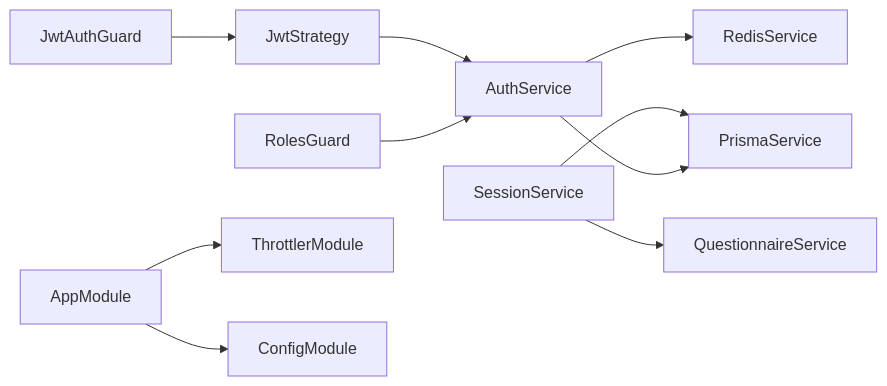
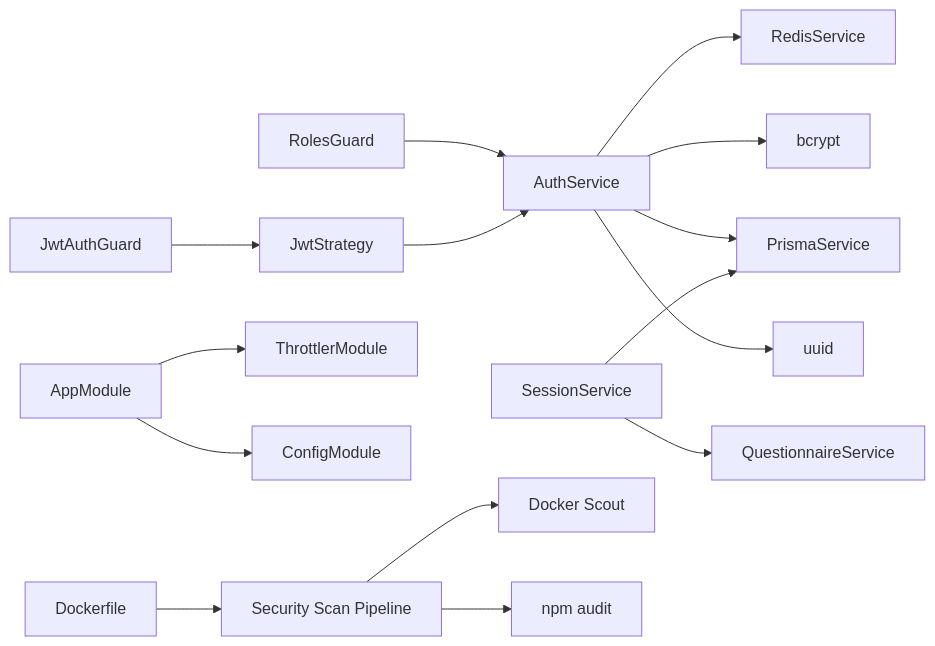
The eighth of 8 diagrams in .qoder/repowiki/en/content/Advanced Topics/Security Hardening.md (Avi-Bendetsky/Quiz-to-build), drawn with Mermaid before and after one commit. The commit also changed other lines of this file and 41 other files, not shown here.

````diff
--- a/.qoder/repowiki/en/content/Advanced Topics/Security Hardening.md
+++ b/.qoder/repowiki/en/content/Advanced Topics/Security Hardening.md
@@ -293,12 +410,17 @@
 ```mermaid
 graph LR
 JwtStrategy --> AuthService
 JwtAuthGuard --> JwtStrategy
 RolesGuard --> AuthService
 SessionService --> QuestionnaireService
 SessionService --> Prisma["PrismaService"]
 AuthService --> Redis["RedisService"]
 AuthService --> Prisma
 AppModule --> Throttler["ThrottlerModule"]
 AppModule --> Config["ConfigModule"]
+AuthService --> Bcrypt["bcrypt"]
+AuthService --> UUID["uuid"]
+Dockerfile --> SecurityScan["Security Scan Pipeline"]
+SecurityScan --> DockerScout["Docker Scout"]
+SecurityScan --> NpmAudit["npm audit"]
 ```
````
